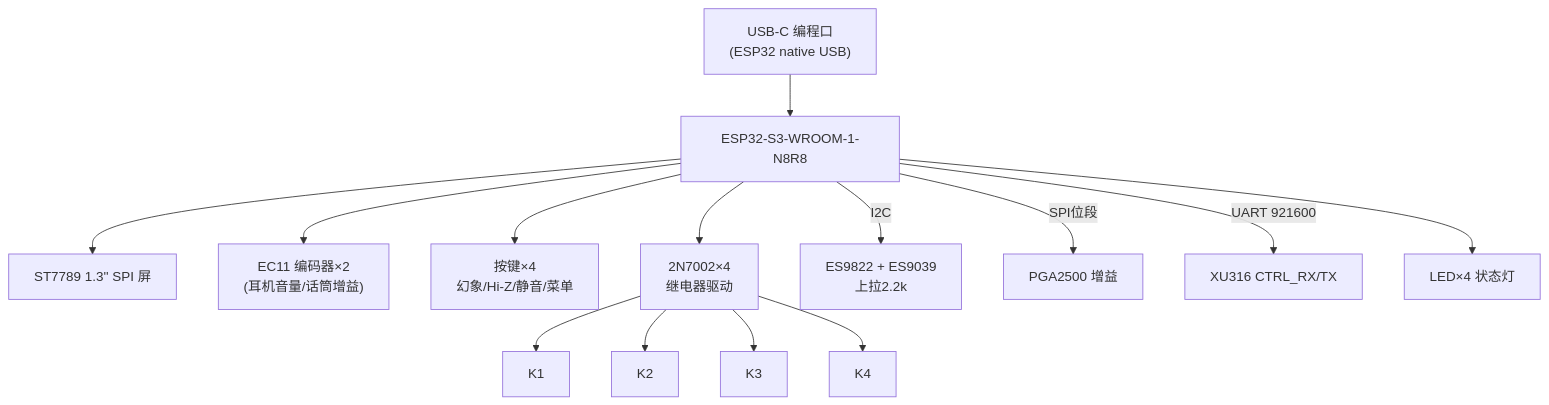
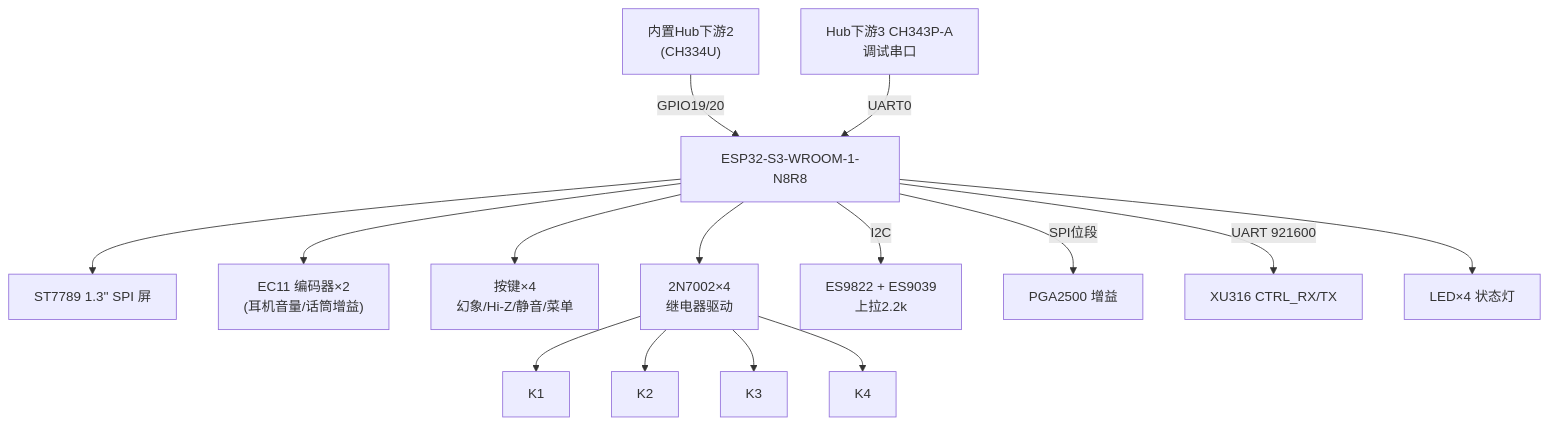
One commit to keven1229/asio-sound-card changed the diagram in docs/schematic/05-control.md. Above: the diagram before and after it, drawn with Mermaid. The commit also changed other lines of this file and 145 other files, not shown here.

Commit message:
Add Rev A schematic drafts, datasheet audits, and development tooling

````diff
--- a/docs/schematic/05-control.md
+++ b/docs/schematic/05-control.md
@@ -5,13 +7,14 @@
 ```mermaid
 flowchart TD
   U30["ESP32-S3-WROOM-1-N8R8"] --> LCD["ST7789 1.3'' SPI 屏"]
   U30 --> ENC["EC11 编码器×2<br/>(耳机音量/话筒增益)"]
   U30 --> BTN["按键×4<br/>幻象/Hi-Z/静音/菜单"]
   U30 --> Q1["2N7002×4<br/>继电器驱动"]
   Q1 --> K1 & K2 & K3 & K4
   U30 --"I2C"--> I2C["ES9822 + ES9039<br/>上拉2.2k"]
   U30 --"SPI位段"--> PGA["PGA2500 增益"]
   U30 --"UART 921600"--> XU["XU316 CTRL_RX/TX"]
   U30 --> LED["LED×4 状态灯"]
-  J8["USB-C 编程口<br/>(ESP32 native USB)"] --> U30
+  HUB2["内置Hub下游2<br/>(CH334U)"] -->|"GPIO19/20"| U30
+  UART3["Hub下游3 CH343P-A<br/>调试串口"] -->|"UART0"| U30
 ```
````
